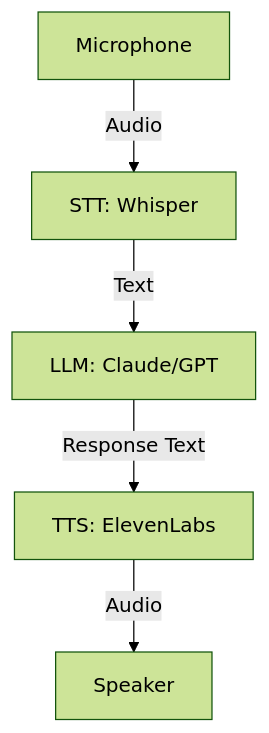
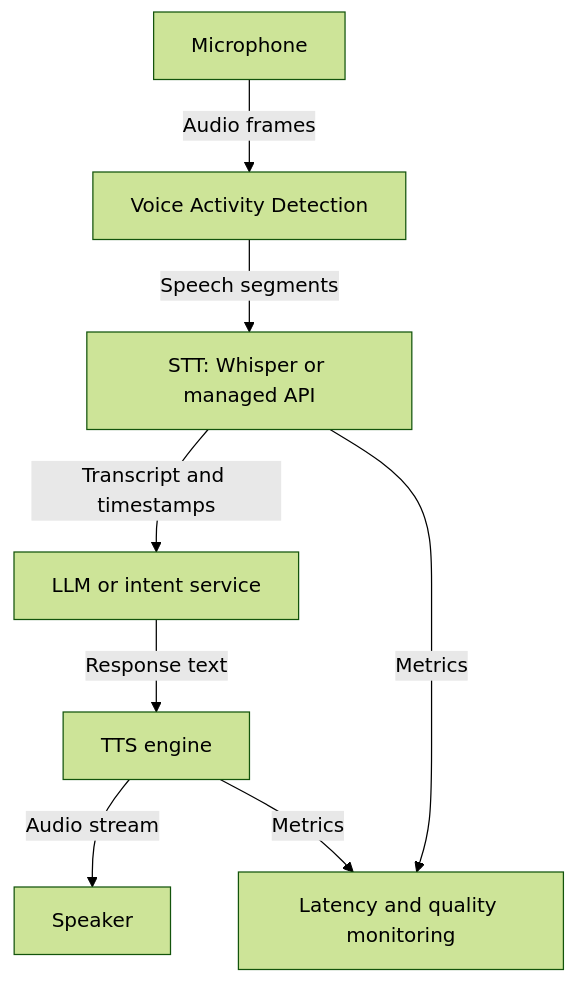
Before and after one commit to krisztiankoos/kubedojo: the diagram in src/content/docs/ai-ml-engineering/multimodal-ai/module-1.1-voice-audio-ai.md, drawn with Mermaid (forest theme). The commit also changed other lines of this file, not shown here.

First line of the commit message:
quality(rewrite): codex rewrite ai-ml-engineering-multimodal-ai-module-1.1-voice-audio-ai (attempt 45ba8a3ee99b)

````diff
--- a/src/content/docs/ai-ml-engineering/multimodal-ai/module-1.1-voice-audio-ai.md
+++ b/src/content/docs/ai-ml-engineering/multimodal-ai/module-1.1-voice-audio-ai.md
@@ -111,7 +52,10 @@
 ```mermaid
 flowchart TD
-    Mic[Microphone] -->|Audio| STT[STT: Whisper]
-    STT -->|Text| LLM[LLM: Claude/GPT]
-    LLM -->|Response Text| TTS[TTS: ElevenLabs]
-    TTS -->|Audio| Spk[Speaker]
+    Mic[Microphone] -->|Audio frames| VAD[Voice Activity Detection]
+    VAD -->|Speech segments| STT[STT: Whisper or managed API]
+    STT -->|Transcript and timestamps| LLM[LLM or intent service]
+    LLM -->|Response text| TTS[TTS engine]
+    TTS -->|Audio stream| Spk[Speaker]
+    STT -->|Metrics| Obs[Latency and quality monitoring]
+    TTS -->|Metrics| Obs
 ```
````
